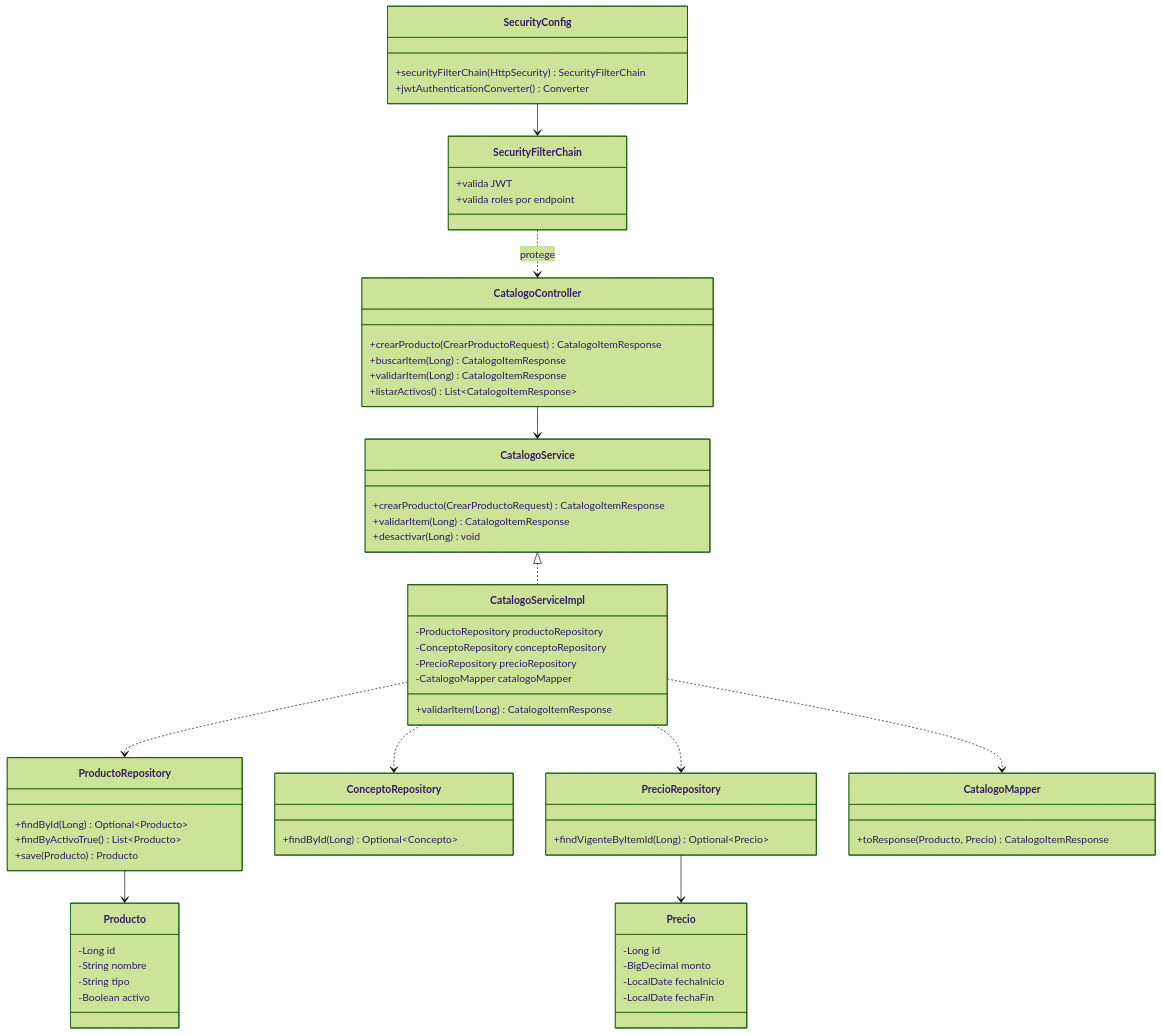
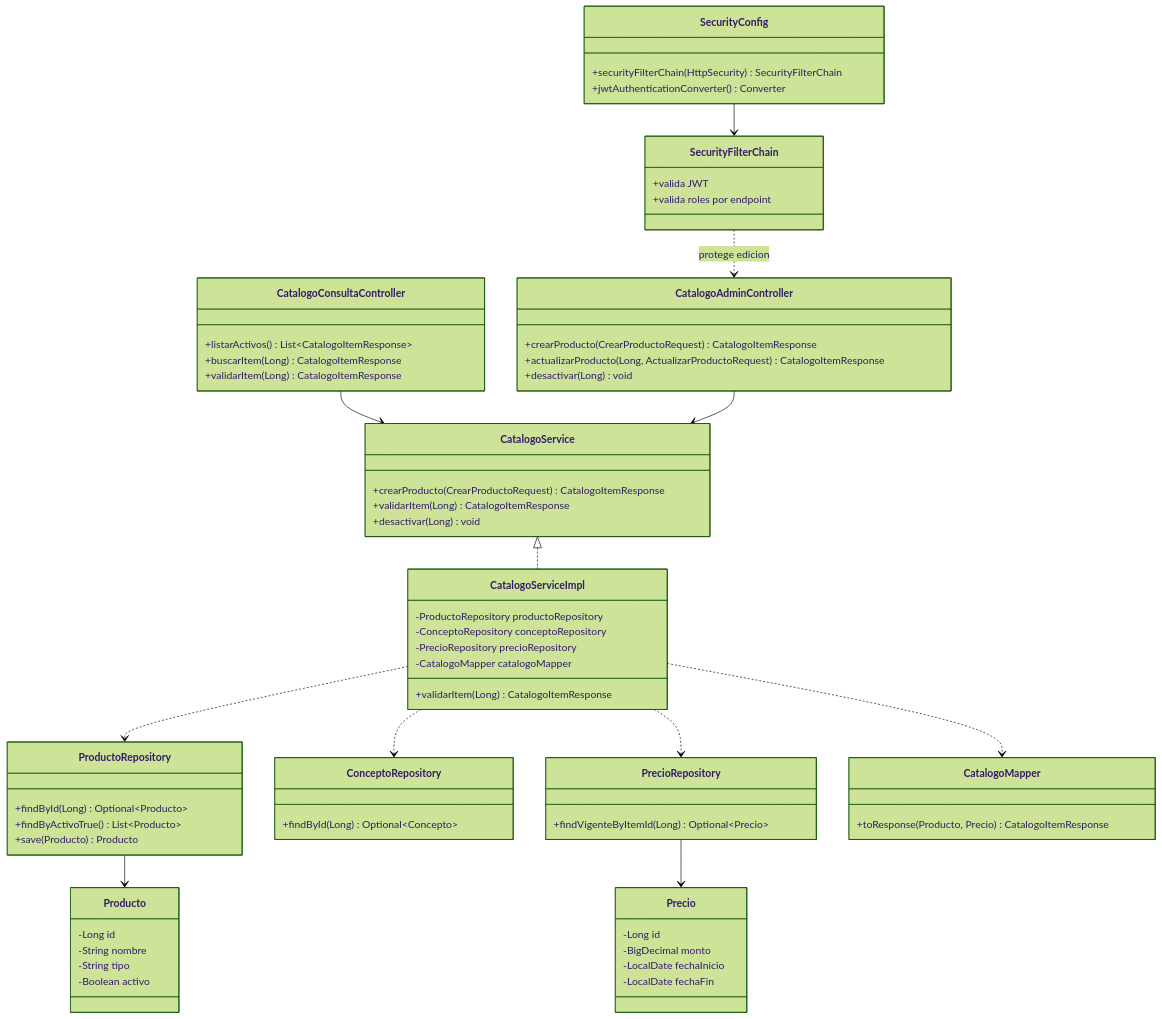
One commit to 262dist/pagatu changed diagram 12 of 15 in README_02_ARQUITECTURA_DETALLADA.md. Above: the diagram before and after it, drawn with Mermaid (forest theme). The commit also changed other lines of this file, not shown here.

````diff
--- a/README_02_ARQUITECTURA_DETALLADA.md
+++ b/README_02_ARQUITECTURA_DETALLADA.md
@@ -547,76 +535,82 @@
 ```mermaid
 classDiagram
     class SecurityConfig {
         +securityFilterChain(HttpSecurity) SecurityFilterChain
         +jwtAuthenticationConverter() Converter
     }
 
     class SecurityFilterChain {
         +valida JWT
         +valida roles por endpoint
     }
 
-    class CatalogoController {
-        +crearProducto(CrearProductoRequest) CatalogoItemResponse
+    class CatalogoConsultaController {
+        +listarActivos() List~CatalogoItemResponse~
         +buscarItem(Long) CatalogoItemResponse
         +validarItem(Long) CatalogoItemResponse
-        +listarActivos() List~CatalogoItemResponse~
+    }
+
+    class CatalogoAdminController {
+        +crearProducto(CrearProductoRequest) CatalogoItemResponse
+        +actualizarProducto(Long, ActualizarProductoRequest) CatalogoItemResponse
+        +desactivar(Long) void
     }
 
     class CatalogoService {
         +crearProducto(CrearProductoRequest) CatalogoItemResponse
         +validarItem(Long) CatalogoItemResponse
         +desactivar(Long) void
     }
 
     class CatalogoServiceImpl {
         -ProductoRepository productoRepository
         -ConceptoRepository conceptoRepository
         -PrecioRepository precioRepository
         -CatalogoMapper catalogoMapper
         +validarItem(Long) CatalogoItemResponse
     }
 
     class ProductoRepository {
         +findById(Long) Optional~Producto~
         +findByActivoTrue() List~Producto~
         +save(Producto) Producto
     }
 
     class ConceptoRepository {
         +findById(Long) Optional~Concepto~
     }
 
     class PrecioRepository {
         +findVigenteByItemId(Long) Optional~Precio~
     }
 
     class CatalogoMapper {
         +toResponse(Producto, Precio) CatalogoItemResponse
     }
 
     class Producto {
         -Long id
         -String nombre
         -String tipo
         -Boolean activo
     }
 
     class Precio {
         -Long id
         -BigDecimal monto
         -LocalDate fechaInicio
         -LocalDate fechaFin
     }
 
     SecurityConfig --> SecurityFilterChain
-    SecurityFilterChain ..> CatalogoController : protege
-    CatalogoController --> CatalogoService
+    SecurityFilterChain ..> CatalogoAdminController : protege edicion
+    CatalogoConsultaController --> CatalogoService
+    CatalogoAdminController --> CatalogoService
     CatalogoService <|.. CatalogoServiceImpl
     CatalogoServiceImpl ..> ProductoRepository
     CatalogoServiceImpl ..> ConceptoRepository
     CatalogoServiceImpl ..> PrecioRepository
     CatalogoServiceImpl ..> CatalogoMapper
     ProductoRepository --> Producto
     PrecioRepository --> Precio
 ```
````
